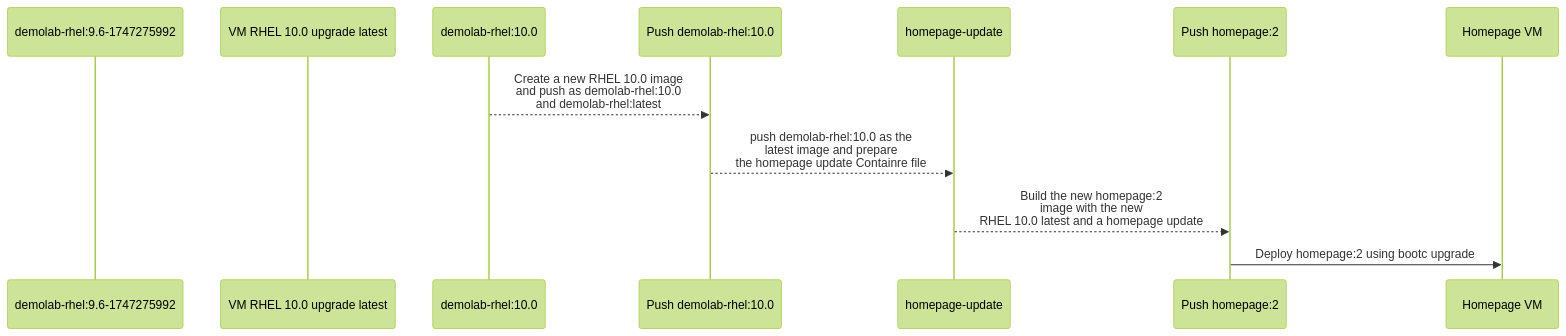
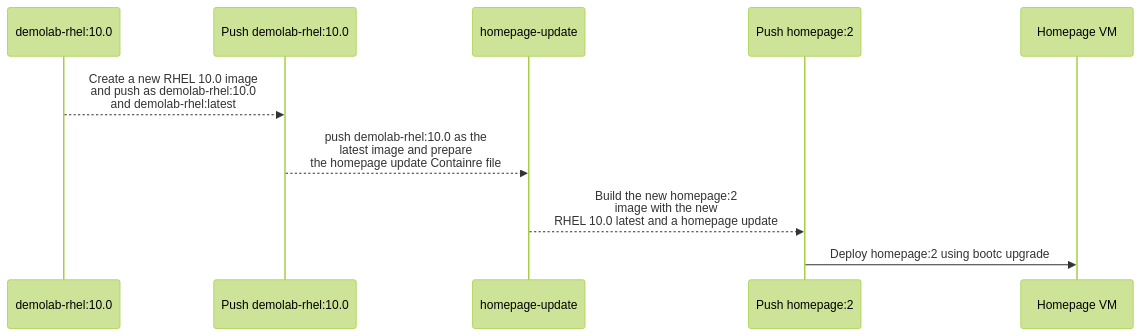
One commit to jvdbreggen/imagemodedemo changed the eighth of 8 diagrams in README.md. Above: the diagram before and after it, drawn with Mermaid (forest theme). The commit also changed other lines of this file, not shown here.

Commit message:
remove blank actors from sequence diagrams

````diff
--- a/README.md
+++ b/README.md
@@ -366,17 +366,17 @@
 ```mermaid
 sequenceDiagram
     %% Actors
-    participant Demolab96 as demolab-rhel:9.6-1747275992
-    participant VMRHEL10UpgradeLatest as VM RHEL 10.0 upgrade latest
+    %% participant Demolab96 as demolab-rhel:9.6-1747275992
+    %% participant VMRHEL10UpgradeLatest as VM RHEL 10.0 upgrade latest
     participant Demolab10 as demolab-rhel:10.0
     participant PushRHEL10 as Push demolab-rhel:10.0
     participant HomepageUpdate as homepage-update
     participant PushHomepageUpdate as Push homepage:2
     participant HomepageVM as Homepage VM
 
     %% RHEL 10 path
     Demolab10-->>PushRHEL10: Create a new RHEL 10.0 image<br/>and push as demolab-rhel:10.0<br/>and demolab-rhel:latest
     PushRHEL10-->>HomepageUpdate: push demolab-rhel:10.0 as the<br/>latest image and prepare<br/>the homepage update Containre file
     HomepageUpdate-->>PushHomepageUpdate: Build the new homepage:2<br/>image with the new<br/>RHEL 10.0 latest and a homepage update
     PushHomepageUpdate->>HomepageVM: Deploy homepage:2 using bootc upgrade
 ```
````
